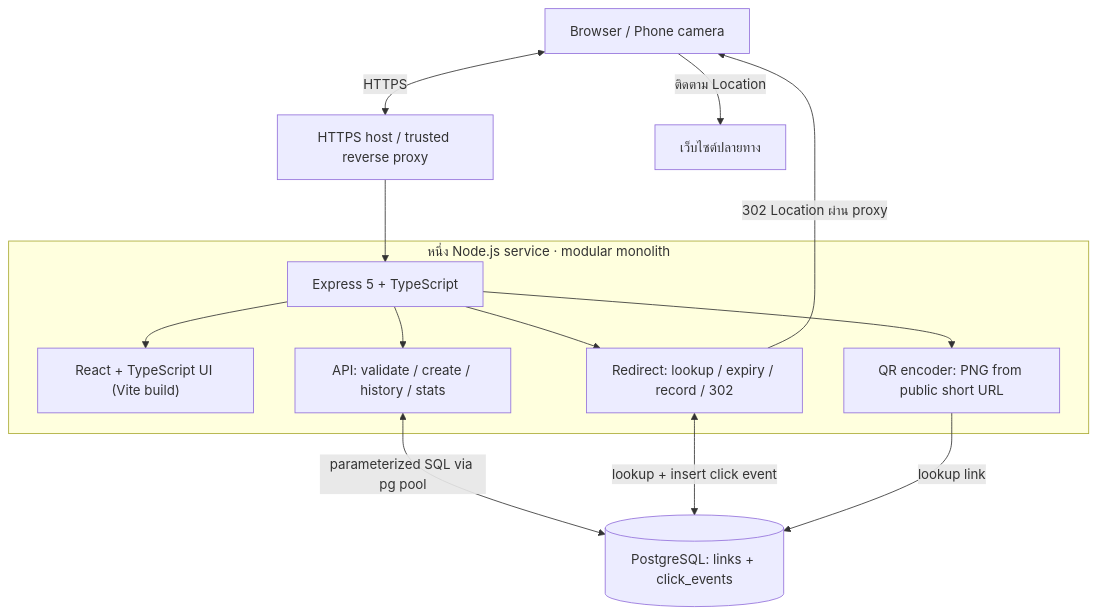
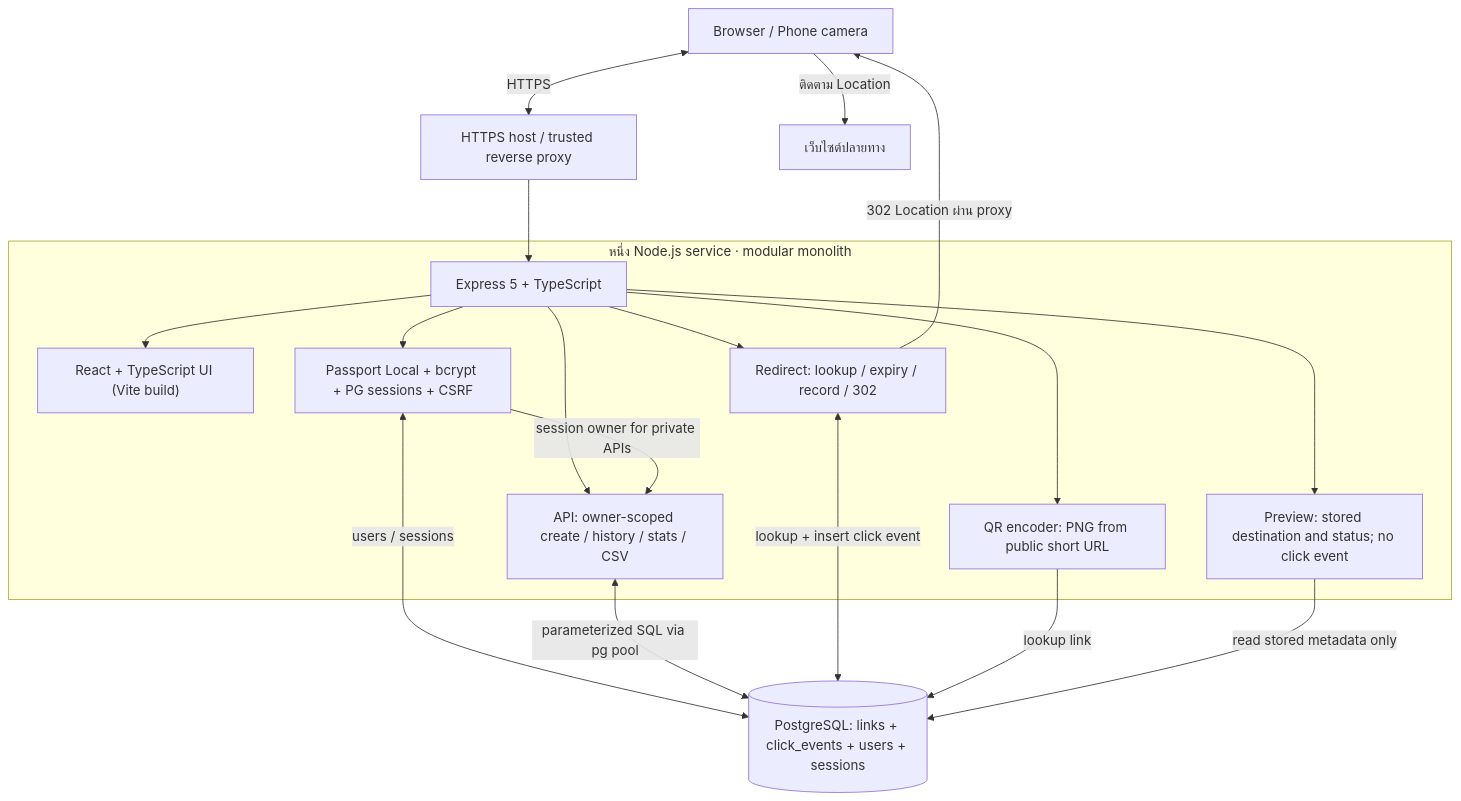
The fifth of 6 diagrams in docs/DIAGRAMS.md (nicky-wrc/short-url-system), drawn with Mermaid before and after one commit. The commit also changed other lines of this file and 29 other files, not shown here.

Commit message:
feat: add login and owner-scoped link management

````diff
--- a/docs/DIAGRAMS.md
+++ b/docs/DIAGRAMS.md
@@ -72,25 +128,32 @@
 ```mermaid
 flowchart TB
     Browser["Browser / Phone camera"]
     Proxy["HTTPS host / trusted reverse proxy"]
     subgraph Service["หนึ่ง Node.js service · modular monolith"]
       Static["React + TypeScript UI (Vite build)"]
       Express["Express 5 + TypeScript"]
-      API["API: validate / create / history / stats"]
+      API["API: owner-scoped create / history / stats / CSV"]
+      Auth["Passport Local + bcrypt + PG sessions + CSRF"]
       Redirect["Redirect: lookup / expiry / record / 302"]
       QR["QR encoder: PNG from public short URL"]
+      Preview["Preview: stored destination and status; no click event"]
     end
-    DB[("PostgreSQL: links + click_events")]
+    DB[("PostgreSQL: links + click_events + users + sessions")]
     Target["เว็บไซต์ปลายทาง"]
     Browser <-->|"HTTPS"| Proxy
     Proxy --> Express
     Express --> Static
     Express --> API
+    Express --> Auth
+    Auth <-->|"users / sessions"| DB
+    Auth -->|"session owner for private APIs"| API
     Express --> Redirect
     Express --> QR
+    Express --> Preview
     API <-->|"parameterized SQL via pg pool"| DB
     Redirect <-->|"lookup + insert click event"| DB
     QR -->|"lookup link"| DB
+    Preview -->|"read stored metadata only"| DB
     Redirect -->|"302 Location ผ่าน proxy"| Browser
     Browser -->|"ติดตาม Location"| Target
 ```
````
